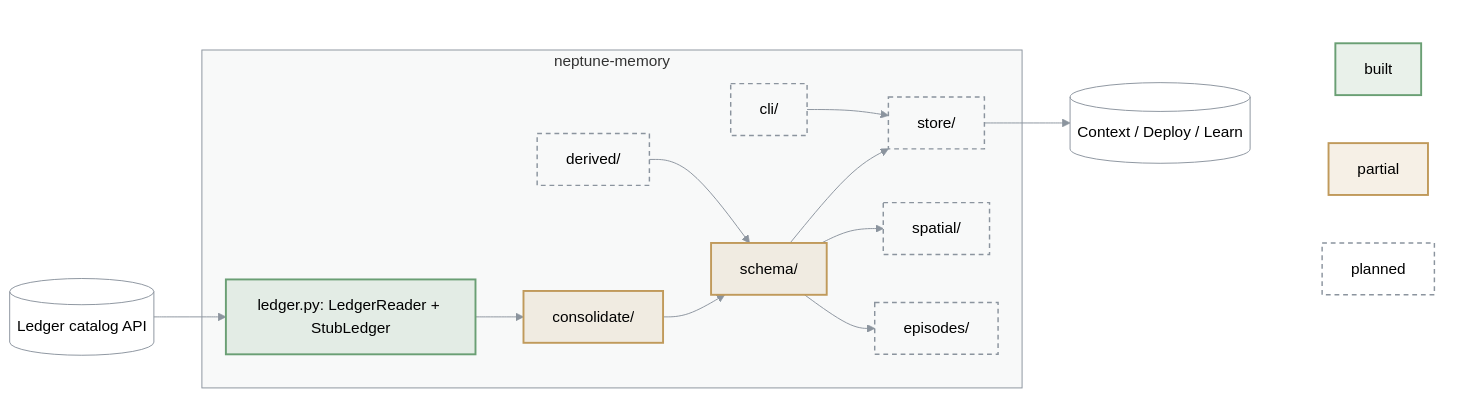
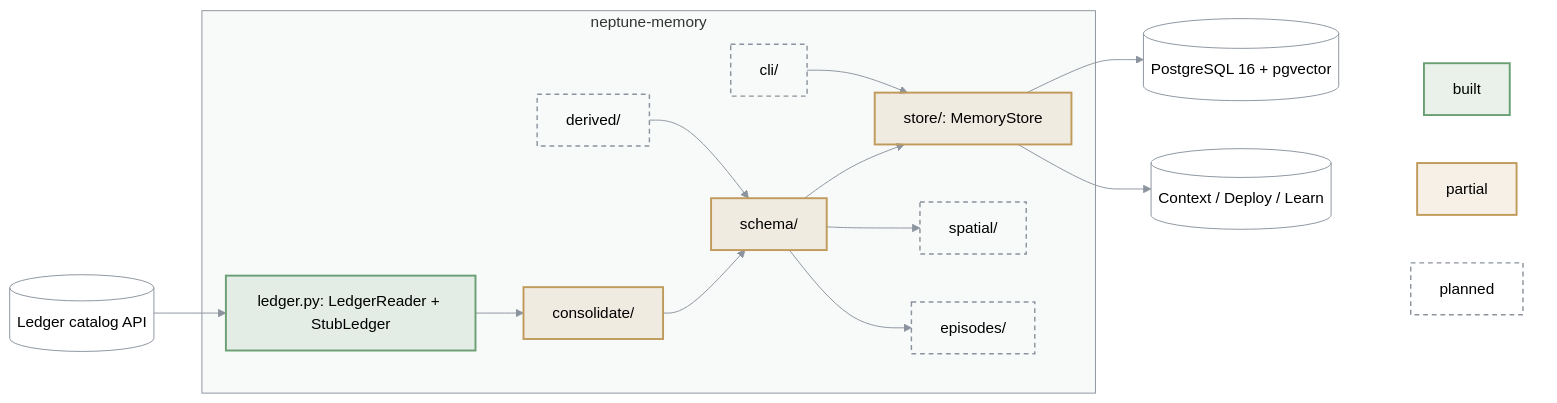
Before and after one commit to bennytay/neptune: the diagram in packages/neptune-memory/ARCHITECTURE.md, drawn with Mermaid (neutral theme). The commit also changed 16 other files, not shown here.

First line of the commit message:
Store benchmark and decision: PostgreSQL + Apache AGE + pgvector versus Neo4j for the bi-temporal claim graph (#55)

````diff
--- a/packages/neptune-memory/ARCHITECTURE.md
+++ b/packages/neptune-memory/ARCHITECTURE.md
@@ -3,41 +3,43 @@
 ```mermaid
 flowchart LR
   LED[("Ledger catalog API")]
+  PG[("PostgreSQL 16 + pgvector")]
   subgraph M["neptune-memory"]
     SEAM["ledger.py: LedgerReader + StubLedger"]
     CON["consolidate/"]
     DER["derived/"]
     SCH["schema/"]
-    STO["store/"]
+    STO["store/: MemoryStore"]
     SPA["spatial/"]
     EPI["episodes/"]
     CLI["cli/"]
   end
   OUT[("Context / Deploy / Learn")]
   LED --> SEAM --> CON --> SCH --> STO
   DER --> SCH
   SCH --> SPA & EPI
   STO --> OUT
   CLI --> STO
+  STO --> PG
 
   subgraph KEY[" "]
     K1["built"]
     K2["partial"]
     K3["planned"]
   end
   OUT ~~~ K1 & K2 & K3
 
   classDef built fill:#6a9f7426,stroke:#6a9f74,stroke-width:2px
   classDef partial fill:#c09a5b26,stroke:#c09a5b,stroke-width:2px
   classDef todo fill:none,stroke:#8b949e,stroke-width:1.5px,stroke-dasharray:5 4
   classDef ext fill:none,stroke:#8b949e,stroke-width:1px
   class K1 built
   class K2 partial
-  class DER,STO,SPA,EPI,CLI,K3 todo
-  class CON,SCH partial
+  class DER,SPA,EPI,CLI,K3 todo
+  class CON,SCH,STO partial
   class SEAM built
-  class LED,OUT ext
+  class LED,OUT,PG ext
   style M fill:#8b949e0f,stroke:#8b949e
   style KEY fill:none,stroke:none
   linkStyle default stroke:#8b949e
 ```
````
